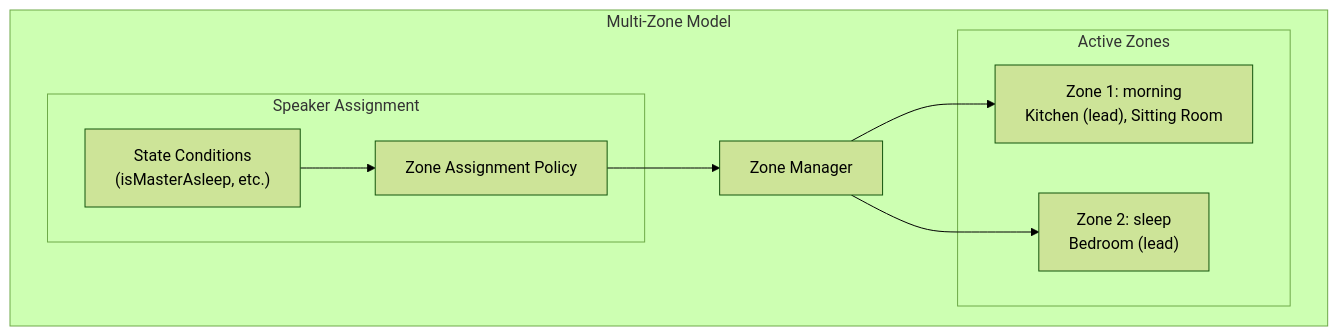
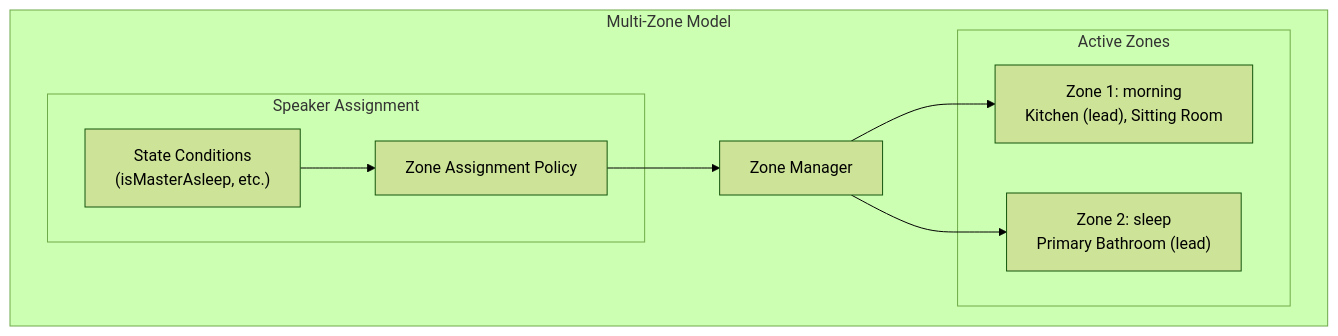
Before and after one commit to NickBorgers/home-automation: the second of 4 diagrams in docs/architecture/MULTI_ZONE_MUSIC.md, drawn with Mermaid (forest theme). The commit also changed other lines of this file, not shown here.

First line of the commit message:
docs: fix stale Bedroom references in MULTI_ZONE_MUSIC.md

````diff
--- a/docs/architecture/MULTI_ZONE_MUSIC.md
+++ b/docs/architecture/MULTI_ZONE_MUSIC.md
@@ -41,21 +41,21 @@
 ```mermaid
 flowchart TB
     subgraph Proposed["Multi-Zone Model"]
         zoneManager["Zone Manager"]
 
         subgraph Zones["Active Zones"]
             zone1["Zone 1: morning<br/>Kitchen (lead), Sitting Room"]
-            zone2["Zone 2: sleep<br/>Bedroom (lead)"]
+            zone2["Zone 2: sleep<br/>Primary Bathroom (lead)"]
         end
 
         subgraph SpeakerAssignment["Speaker Assignment"]
             policy["Zone Assignment Policy"]
             conditions["State Conditions<br/>(isMasterAsleep, etc.)"]
         end
     end
 
     zoneManager --> zone1
     zoneManager --> zone2
     policy --> zoneManager
     conditions --> policy
 ```
````
